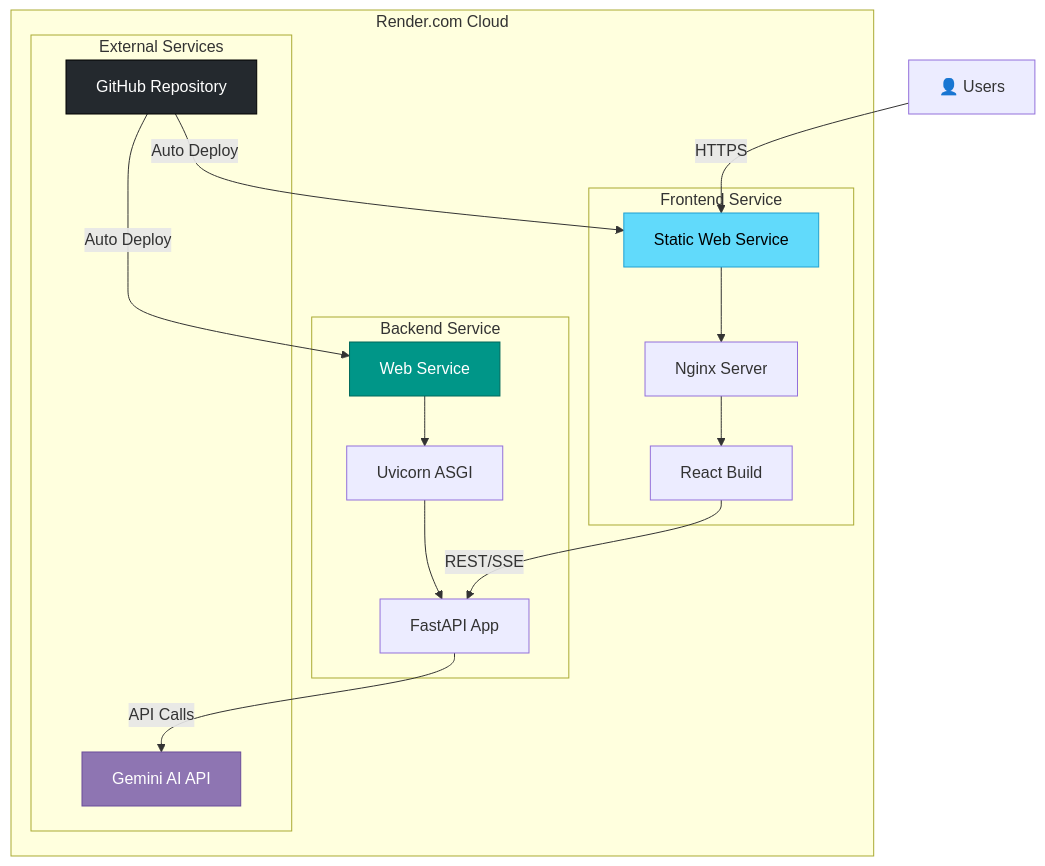
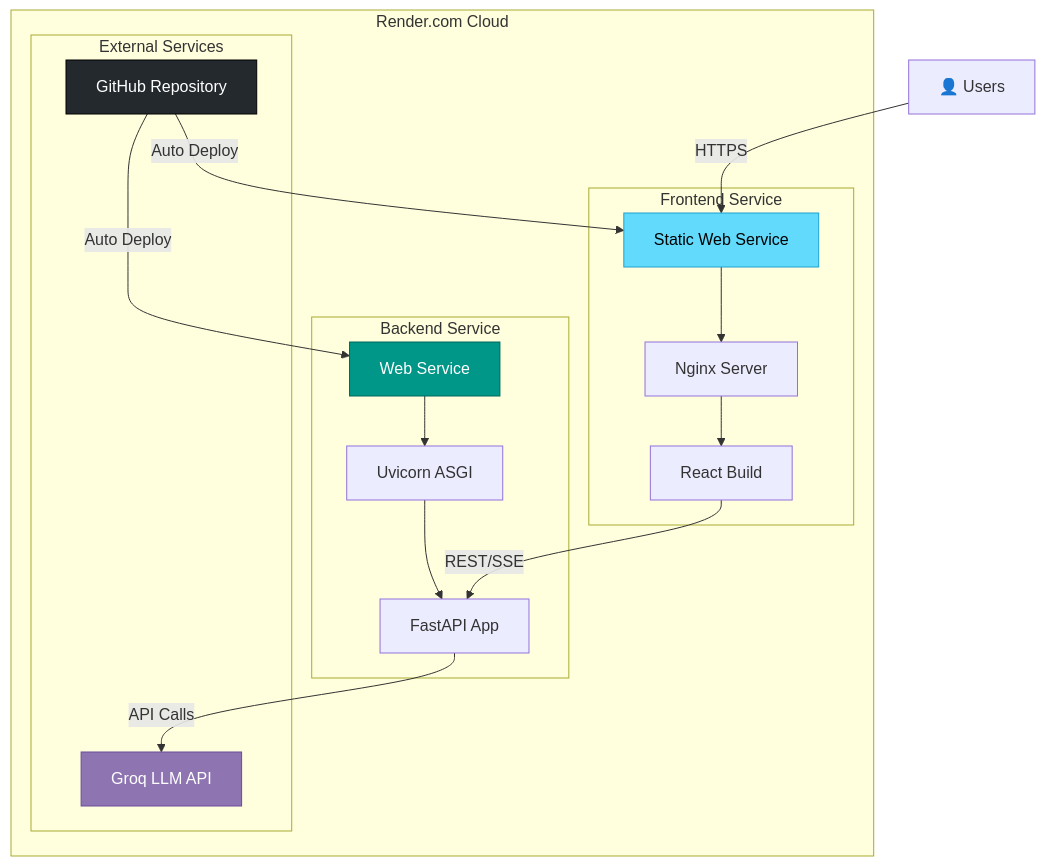
Before and after one commit to YatindraRai002/FlowForge-AI: the seventh of 13 diagrams in README.md, drawn with Mermaid. The commit also changed other lines of this file, not shown here.

Commit message:
Replace Gemini AI with Groq LLM in README

````diff
--- a/README.md
+++ b/README.md
@@ -591,34 +590,34 @@
 ```mermaid
 graph TB
     subgraph "Render.com Cloud"
         subgraph "Frontend Service"
             F1[Static Web Service]
             F2[Nginx Server]
             F3[React Build]
             F1 --> F2 --> F3
         end
         
         subgraph "Backend Service"
             B1[Web Service]
             B2[Uvicorn ASGI]
             B3[FastAPI App]
             B1 --> B2 --> B3
         end
         
         subgraph "External Services"
-            E1[Gemini AI API]
+            E1[Groq LLM API]
             E2[GitHub Repository]
         end
     end
     
     U[👤 Users] -->|HTTPS| F1
     F3 -->|REST/SSE| B3
     B3 -->|API Calls| E1
     E2 -->|Auto Deploy| F1
     E2 -->|Auto Deploy| B1
     
     style F1 fill:#61DAFB,stroke:#21A0D2,color:#000
     style B1 fill:#009688,stroke:#00695C,color:#fff
     style E1 fill:#8E75B2,stroke:#6A4C9A,color:#fff
     style E2 fill:#24292e,stroke:#000,color:#fff
 ```
````
